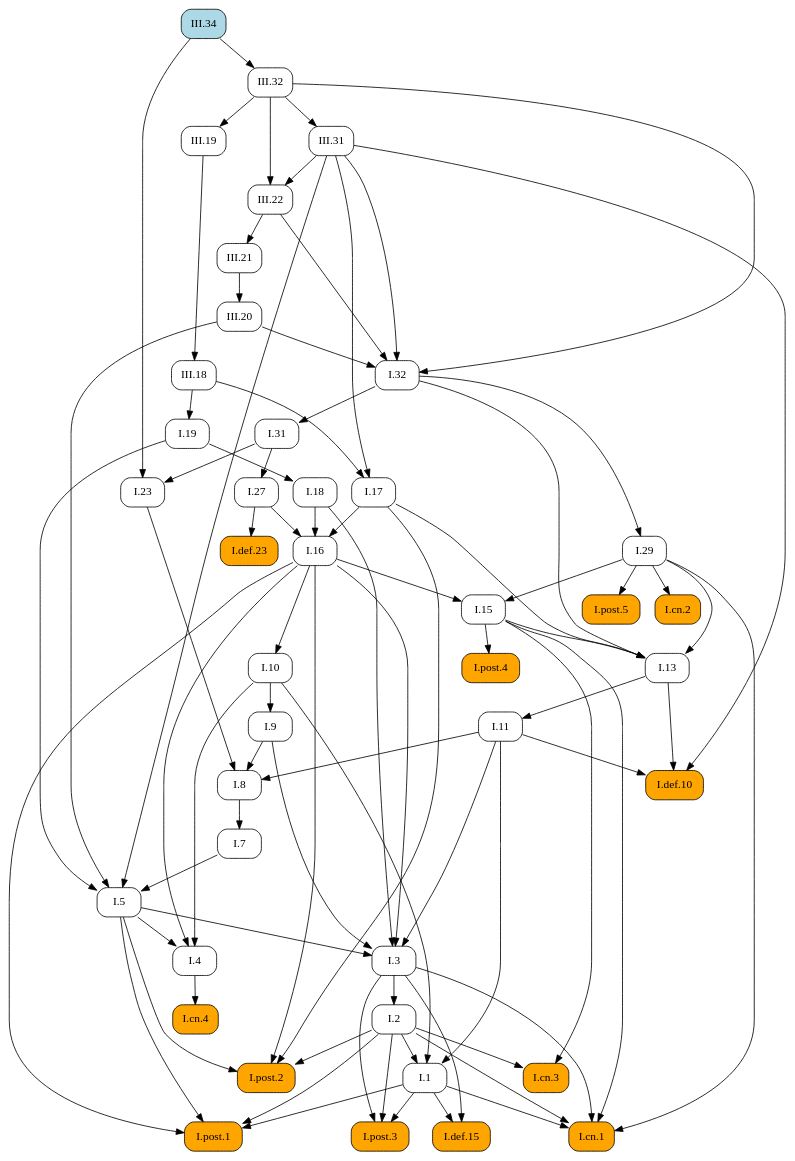
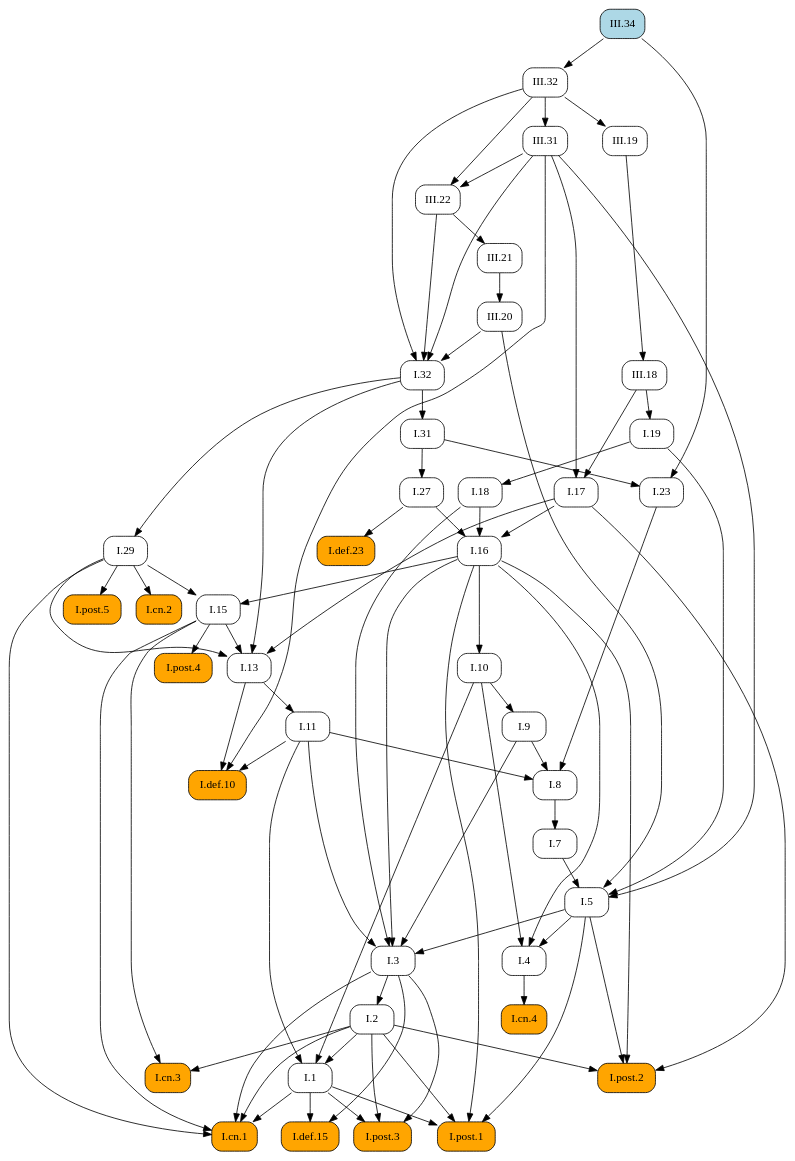
The diagram in docsrc/heath/III/34/index.rst (geometor/elements), drawn with Graphviz before and after one commit. The commit also changed other lines of this file and 1029 other files, not shown here.

```diff
--- a/docsrc/heath/III/34/index.rst
+++ b/docsrc/heath/III/34/index.rst
@@ -49,126 +49,126 @@
    digraph {
      rankdir="TB";
      node [shape=box, style=rounded];
+     "I.def.10" [style="rounded,filled", fillcolor=orange, URL="/heath/I/def.10/", target="_top"];
+     "I.11" [URL="/heath/I/11/", target="_top"];
+     "I.post.4" [style="rounded,filled", fillcolor=orange, URL="/heath/I/post.4/", target="_top"];
+     "I.1" [URL="/heath/I/1/", target="_top"];
+     "III.32" [URL="/heath/III/32/", target="_top"];
+     "I.29" [URL="/heath/I/29/", target="_top"];
+     "III.20" [URL="/heath/III/20/", target="_top"];
+     "III.19" [URL="/heath/III/19/", target="_top"];
+     "III.31" [URL="/heath/III/31/", target="_top"];
+     "I.cn.2" [style="rounded,filled", fillcolor=orange, URL="/heath/I/cn.2/", target="_top"];
+     "I.18" [URL="/heath/I/18/", target="_top"];
+     "I.def.15" [style="rounded,filled", fillcolor=orange, URL="/heath/I/def.15/", target="_top"];
+     "I.post.3" [style="rounded,filled", fillcolor=orange, URL="/heath/I/post.3/", target="_top"];
+     "I.cn.1" [style="rounded,filled", fillcolor=orange, URL="/heath/I/cn.1/", target="_top"];
      "I.cn.3" [style="rounded,filled", fillcolor=orange, URL="/heath/I/cn.3/", target="_top"];
+     "I.23" [URL="/heath/I/23/", target="_top"];
+     "I.post.1" [style="rounded,filled", fillcolor=orange, URL="/heath/I/post.1/", target="_top"];
+     "I.27" [URL="/heath/I/27/", target="_top"];
+     "I.7" [URL="/heath/I/7/", target="_top"];
+     "I.3" [URL="/heath/I/3/", target="_top"];
+     "I.2" [URL="/heath/I/2/", target="_top"];
+     "I.4" [URL="/heath/I/4/", target="_top"];
+     "I.def.23" [style="rounded,filled", fillcolor=orange, URL="/heath/I/def.23/", target="_top"];
+     "I.13" [URL="/heath/I/13/", target="_top"];
+     "I.17" [URL="/heath/I/17/", target="_top"];
+     "I.31" [URL="/heath/I/31/", target="_top"];
+     "I.post.2" [style="rounded,filled", fillcolor=orange, URL="/heath/I/post.2/", target="_top"];
+     "I.16" [URL="/heath/I/16/", target="_top"];
+     "I.19" [URL="/heath/I/19/", target="_top"];
+     "I.9" [URL="/heath/I/9/", target="_top"];
+     "I.8" [URL="/heath/I/8/", target="_top"];
+     "I.32" [URL="/heath/I/32/", target="_top"];
+     "I.cn.4" [style="rounded,filled", fillcolor=orange, URL="/heath/I/cn.4/", target="_top"];
+     "I.15" [URL="/heath/I/15/", target="_top"];
+     "III.21" [URL="/heath/III/21/", target="_top"];
      "III.22" [URL="/heath/III/22/", target="_top"];
-     "I.7" [URL="/heath/I/7/", target="_top"];
-     "I.29" [URL="/heath/I/29/", target="_top"];
-     "I.27" [URL="/heath/I/27/", target="_top"];
-     "I.def.23" [style="rounded,filled", fillcolor=orange, URL="/heath/I/def.23/", target="_top"];
-     "I.8" [URL="/heath/I/8/", target="_top"];
-     "I.9" [URL="/heath/I/9/", target="_top"];
-     "III.20" [URL="/heath/III/20/", target="_top"];
-     "I.post.4" [style="rounded,filled", fillcolor=orange, URL="/heath/I/post.4/", target="_top"];
-     "I.2" [URL="/heath/I/2/", target="_top"];
-     "I.def.15" [style="rounded,filled", fillcolor=orange, URL="/heath/I/def.15/", target="_top"];
-     "I.1" [URL="/heath/I/1/", target="_top"];
-     "I.post.1" [style="rounded,filled", fillcolor=orange, URL="/heath/I/post.1/", target="_top"];
+     "I.post.5" [style="rounded,filled", fillcolor=orange, URL="/heath/I/post.5/", target="_top"];
+     "I.10" [URL="/heath/I/10/", target="_top"];
      "III.18" [URL="/heath/III/18/", target="_top"];
-     "III.19" [URL="/heath/III/19/", target="_top"];
-     "I.cn.4" [style="rounded,filled", fillcolor=orange, URL="/heath/I/cn.4/", target="_top"];
-     "I.19" [URL="/heath/I/19/", target="_top"];
-     "III.31" [URL="/heath/III/31/", target="_top"];
-     "I.13" [URL="/heath/I/13/", target="_top"];
-     "I.23" [URL="/heath/I/23/", target="_top"];
-     "I.cn.2" [style="rounded,filled", fillcolor=orange, URL="/heath/I/cn.2/", target="_top"];
      "I.5" [URL="/heath/I/5/", target="_top"];
-     "III.21" [URL="/heath/III/21/", target="_top"];
-     "I.11" [URL="/heath/I/11/", target="_top"];
-     "I.10" [URL="/heath/I/10/", target="_top"];
-     "I.4" [URL="/heath/I/4/", target="_top"];
-     "I.3" [URL="/heath/I/3/", target="_top"];
-     "I.16" [URL="/heath/I/16/", target="_top"];
      "III.34" [style="rounded,filled", fillcolor=lightblue, URL="/heath/III/34/", target="_top"];
-     "I.31" [URL="/heath/I/31/", target="_top"];
-     "I.def.10" [style="rounded,filled", fillcolor=orange, URL="/heath/I/def.10/", target="_top"];
-     "III.32" [URL="/heath/III/32/", target="_top"];
-     "I.post.2" [style="rounded,filled", fillcolor=orange, URL="/heath/I/post.2/", target="_top"];
-     "I.post.3" [style="rounded,filled", fillcolor=orange, URL="/heath/I/post.3/", target="_top"];
-     "I.post.5" [style="rounded,filled", fillcolor=orange, URL="/heath/I/post.5/", target="_top"];
-     "I.15" [URL="/heath/I/15/", target="_top"];
-     "I.17" [URL="/heath/I/17/", target="_top"];
-     "I.cn.1" [style="rounded,filled", fillcolor=orange, URL="/heath/I/cn.1/", target="_top"];
-     "I.32" [URL="/heath/I/32/", target="_top"];
-     "I.18" [URL="/heath/I/18/", target="_top"];
-     "I.2" -> "I.cn.3";
-     "I.15" -> "I.cn.3";
-     "III.31" -> "III.22";
-     "III.32" -> "III.22";
-     "I.8" -> "I.7";
-     "I.32" -> "I.29";
-     "I.31" -> "I.27";
-     "I.27" -> "I.def.23";
-     "I.9" -> "I.8";
-     "I.11" -> "I.8";
-     "I.23" -> "I.8";
-     "I.10" -> "I.9";
-     "III.21" -> "III.20";
+     "I.11" -> "I.def.10";
+     "I.13" -> "I.def.10";
+     "III.31" -> "I.def.10";
+     "I.13" -> "I.11";
      "I.15" -> "I.post.4";
-     "I.3" -> "I.2";
-     "I.1" -> "I.def.15";
-     "I.3" -> "I.def.15";
      "I.2" -> "I.1";
      "I.10" -> "I.1";
      "I.11" -> "I.1";
+     "III.34" -> "III.32";
+     "I.32" -> "I.29";
+     "III.21" -> "III.20";
+     "III.32" -> "III.19";
+     "III.32" -> "III.31";
+     "I.29" -> "I.cn.2";
+     "I.19" -> "I.18";
+     "I.1" -> "I.def.15";
+     "I.3" -> "I.def.15";
+     "I.1" -> "I.post.3";
+     "I.2" -> "I.post.3";
+     "I.3" -> "I.post.3";
+     "I.1" -> "I.cn.1";
+     "I.2" -> "I.cn.1";
+     "I.3" -> "I.cn.1";
+     "I.15" -> "I.cn.1";
+     "I.29" -> "I.cn.1";
+     "I.2" -> "I.cn.3";
+     "I.15" -> "I.cn.3";
+     "I.31" -> "I.23";
+     "III.34" -> "I.23";
      "I.1" -> "I.post.1";
      "I.2" -> "I.post.1";
      "I.5" -> "I.post.1";
      "I.16" -> "I.post.1";
-     "III.19" -> "III.18";
-     "III.32" -> "III.19";
-     "I.4" -> "I.cn.4";
-     "III.18" -> "I.19";
-     "III.32" -> "III.31";
-     "I.15" -> "I.13";
-     "I.17" -> "I.13";
-     "I.29" -> "I.13";
-     "I.32" -> "I.13";
-     "I.31" -> "I.23";
-     "III.34" -> "I.23";
-     "I.29" -> "I.cn.2";
-     "I.7" -> "I.5";
-     "I.19" -> "I.5";
-     "III.20" -> "I.5";
-     "III.31" -> "I.5";
-     "III.22" -> "III.21";
-     "I.13" -> "I.11";
-     "I.16" -> "I.10";
-     "I.5" -> "I.4";
-     "I.10" -> "I.4";
-     "I.16" -> "I.4";
+     "I.31" -> "I.27";
+     "I.8" -> "I.7";
      "I.5" -> "I.3";
      "I.9" -> "I.3";
      "I.11" -> "I.3";
      "I.16" -> "I.3";
      "I.18" -> "I.3";
-     "I.17" -> "I.16";
-     "I.18" -> "I.16";
-     "I.27" -> "I.16";
+     "I.3" -> "I.2";
+     "I.5" -> "I.4";
+     "I.10" -> "I.4";
+     "I.16" -> "I.4";
+     "I.27" -> "I.def.23";
+     "I.15" -> "I.13";
+     "I.17" -> "I.13";
+     "I.29" -> "I.13";
+     "I.32" -> "I.13";
+     "III.18" -> "I.17";
+     "III.31" -> "I.17";
      "I.32" -> "I.31";
-     "I.11" -> "I.def.10";
-     "I.13" -> "I.def.10";
-     "III.31" -> "I.def.10";
-     "III.34" -> "III.32";
      "I.2" -> "I.post.2";
      "I.5" -> "I.post.2";
      "I.16" -> "I.post.2";
      "I.17" -> "I.post.2";
-     "I.1" -> "I.post.3";
-     "I.2" -> "I.post.3";
-     "I.3" -> "I.post.3";
-     "I.29" -> "I.post.5";
-     "I.16" -> "I.15";
-     "I.29" -> "I.15";
-     "III.18" -> "I.17";
-     "III.31" -> "I.17";
-     "I.1" -> "I.cn.1";
-     "I.2" -> "I.cn.1";
-     "I.3" -> "I.cn.1";
-     "I.15" -> "I.cn.1";
-     "I.29" -> "I.cn.1";
+     "I.17" -> "I.16";
+     "I.18" -> "I.16";
+     "I.27" -> "I.16";
+     "III.18" -> "I.19";
+     "I.10" -> "I.9";
+     "I.9" -> "I.8";
+     "I.11" -> "I.8";
+     "I.23" -> "I.8";
      "III.20" -> "I.32";
      "III.22" -> "I.32";
      "III.31" -> "I.32";
      "III.32" -> "I.32";
-     "I.19" -> "I.18";
+     "I.4" -> "I.cn.4";
+     "I.16" -> "I.15";
+     "I.29" -> "I.15";
+     "III.22" -> "III.21";
+     "III.31" -> "III.22";
+     "III.32" -> "III.22";
+     "I.29" -> "I.post.5";
+     "I.16" -> "I.10";
+     "III.19" -> "III.18";
+     "I.7" -> "I.5";
+     "I.19" -> "I.5";
+     "III.20" -> "I.5";
+     "III.31" -> "I.5";
    }
```
